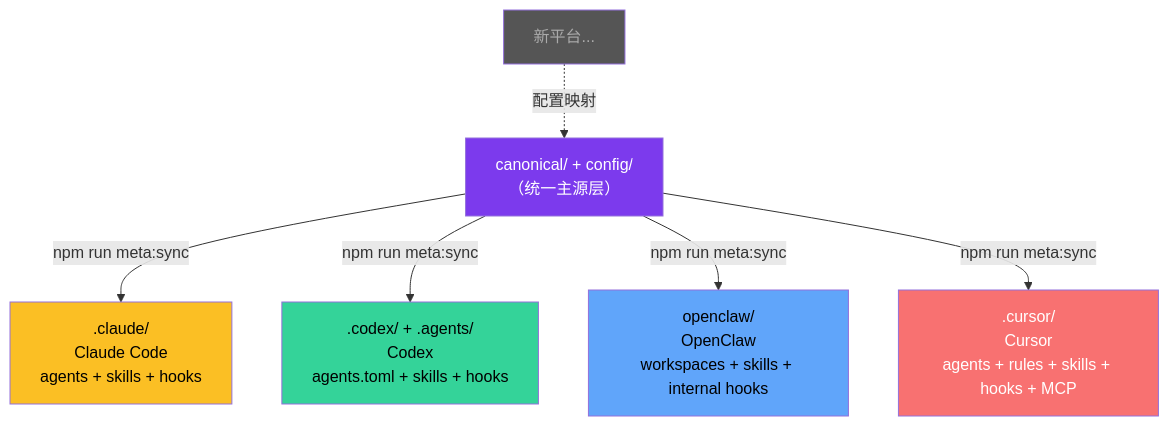
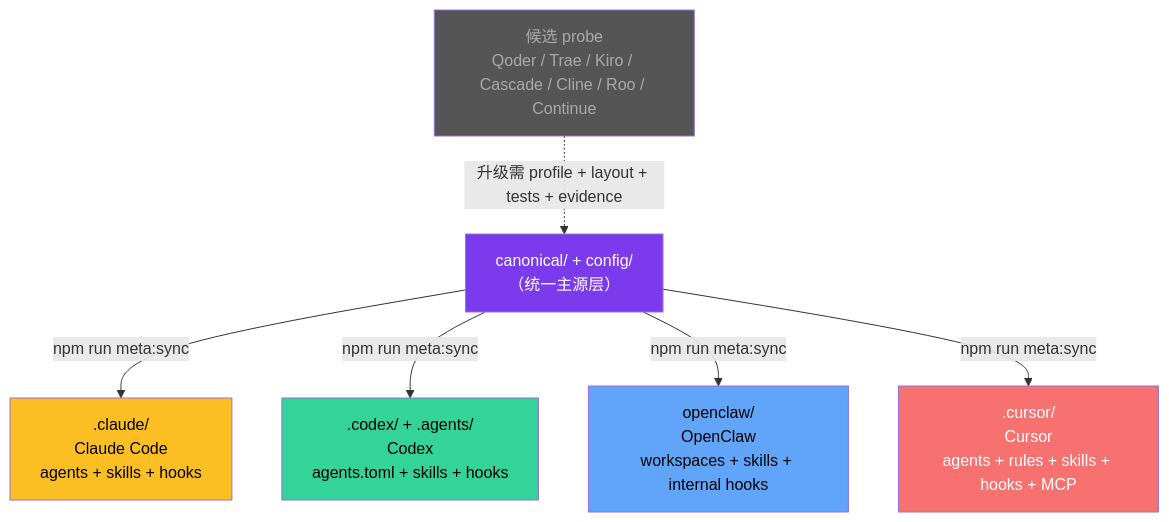
The eighth of 9 diagrams in README.zh-CN.md (chouyong/Meta_Kim), drawn with Mermaid before and after one commit. The commit also changed other lines of this file and 23 other files, not shown here.

````diff
--- a/README.zh-CN.md
+++ b/README.zh-CN.md
@@ -549,18 +560,18 @@
 ```mermaid
 flowchart TB
     CANONICAL["canonical/ + config/<br/>（统一主源层）"]
 
     CANONICAL --> |npm run meta:sync| CLAUDE[".claude/<br/>Claude Code<br/>agents + skills + hooks"]
     CANONICAL --> |npm run meta:sync| CODEX[".codex/ + .agents/<br/>Codex<br/>agents.toml + skills + hooks"]
     CANONICAL --> |npm run meta:sync| OPENCLAW["openclaw/<br/>OpenClaw<br/>workspaces + skills + internal hooks"]
     CANONICAL --> |npm run meta:sync| CURSOR[".cursor/<br/>Cursor<br/>agents + rules + skills + hooks + MCP"]
 
-    NEW[新平台...] -.-> |配置映射| CANONICAL
+    CANDIDATE["候选 probe<br/>Qoder / Trae / Kiro / Cascade / Cline / Roo / Continue"] -.-> |升级需 profile + layout + tests + evidence| CANONICAL
 
     style CANONICAL fill:#7c3aed,color:#fff
     style CLAUDE fill:#fbbf24,color:#000
     style CODEX fill:#34d399,color:#000
     style OPENCLAW fill:#60a5fa,color:#000
     style CURSOR fill:#f87171,color:#fff
-    style NEW fill:#555,color:#aaa
+    style CANDIDATE fill:#555,color:#aaa
 ```
````
